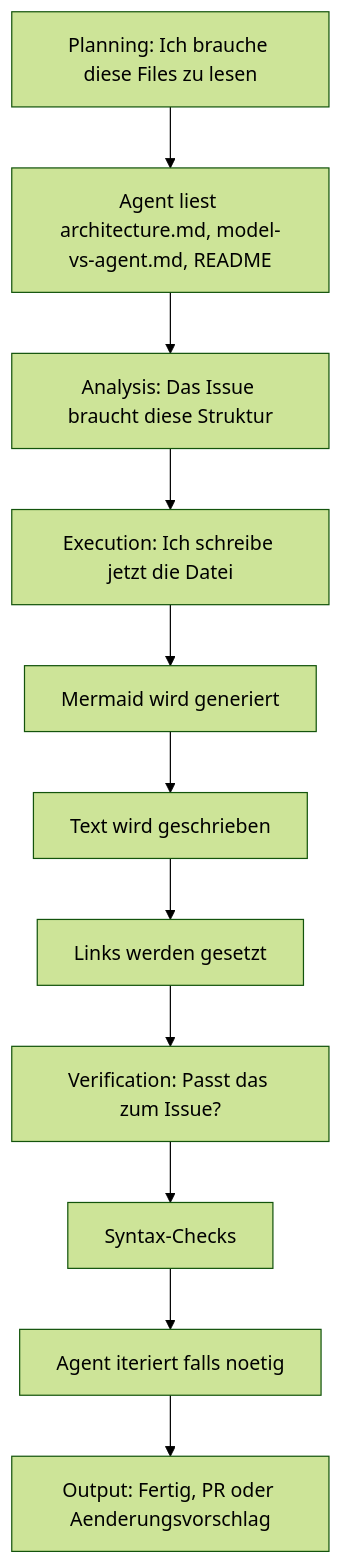
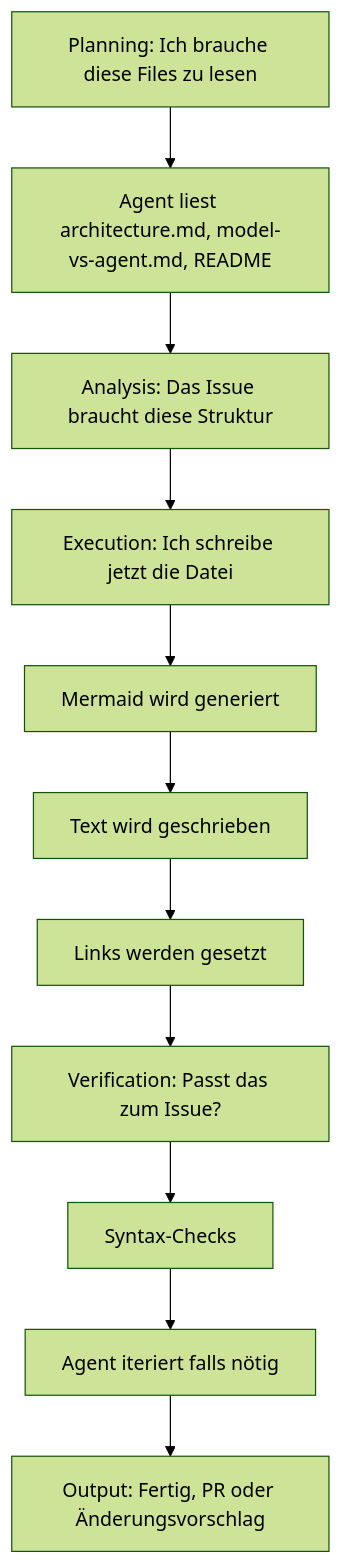
One commit to soenkelange/ai-lab-3-agentic-programming changed the diagram in 07-hands-on-labs/lab-01-single-agent-ticket.md. Above: the diagram before and after it, drawn with Mermaid (forest theme). The commit also changed other lines of this file and 31 other files, not shown here.

````diff
--- a/07-hands-on-labs/lab-01-single-agent-ticket.md
+++ b/07-hands-on-labs/lab-01-single-agent-ticket.md
@@ -165,13 +165,13 @@
 ```mermaid
 flowchart TD
     P[Planning: Ich brauche diese Files zu lesen] --> P2[Agent liest architecture.md, model-vs-agent.md, README]
     P2 --> A[Analysis: Das Issue braucht diese Struktur]
     A --> E[Execution: Ich schreibe jetzt die Datei]
     E --> E1[Mermaid wird generiert]
     E1 --> E2[Text wird geschrieben]
     E2 --> E3[Links werden gesetzt]
     E3 --> V[Verification: Passt das zum Issue?]
     V --> V1[Syntax-Checks]
-    V1 --> V2[Agent iteriert falls noetig]
-    V2 --> O[Output: Fertig, PR oder Aenderungsvorschlag]
+    V1 --> V2[Agent iteriert falls nötig]
+    V2 --> O[Output: Fertig, PR oder Änderungsvorschlag]
 ```
````
